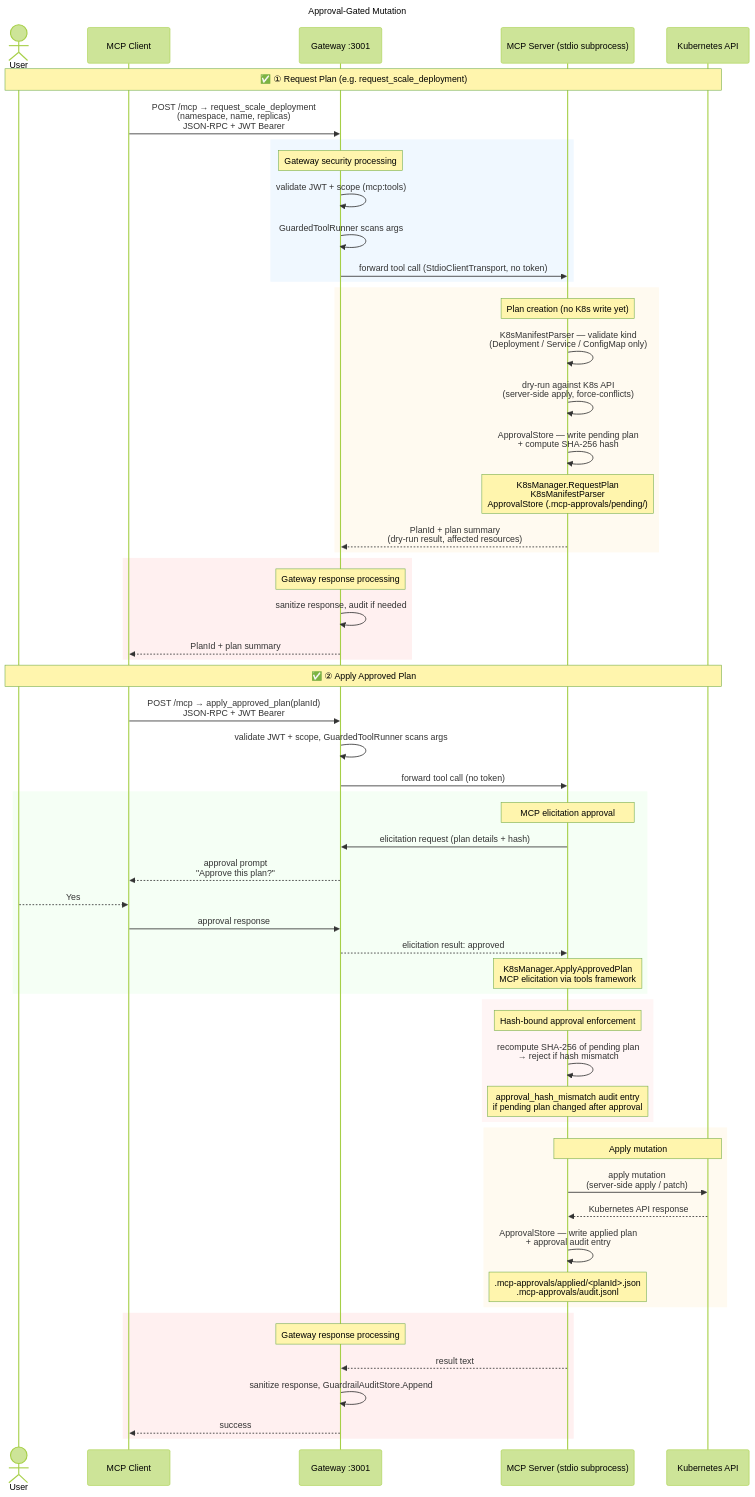
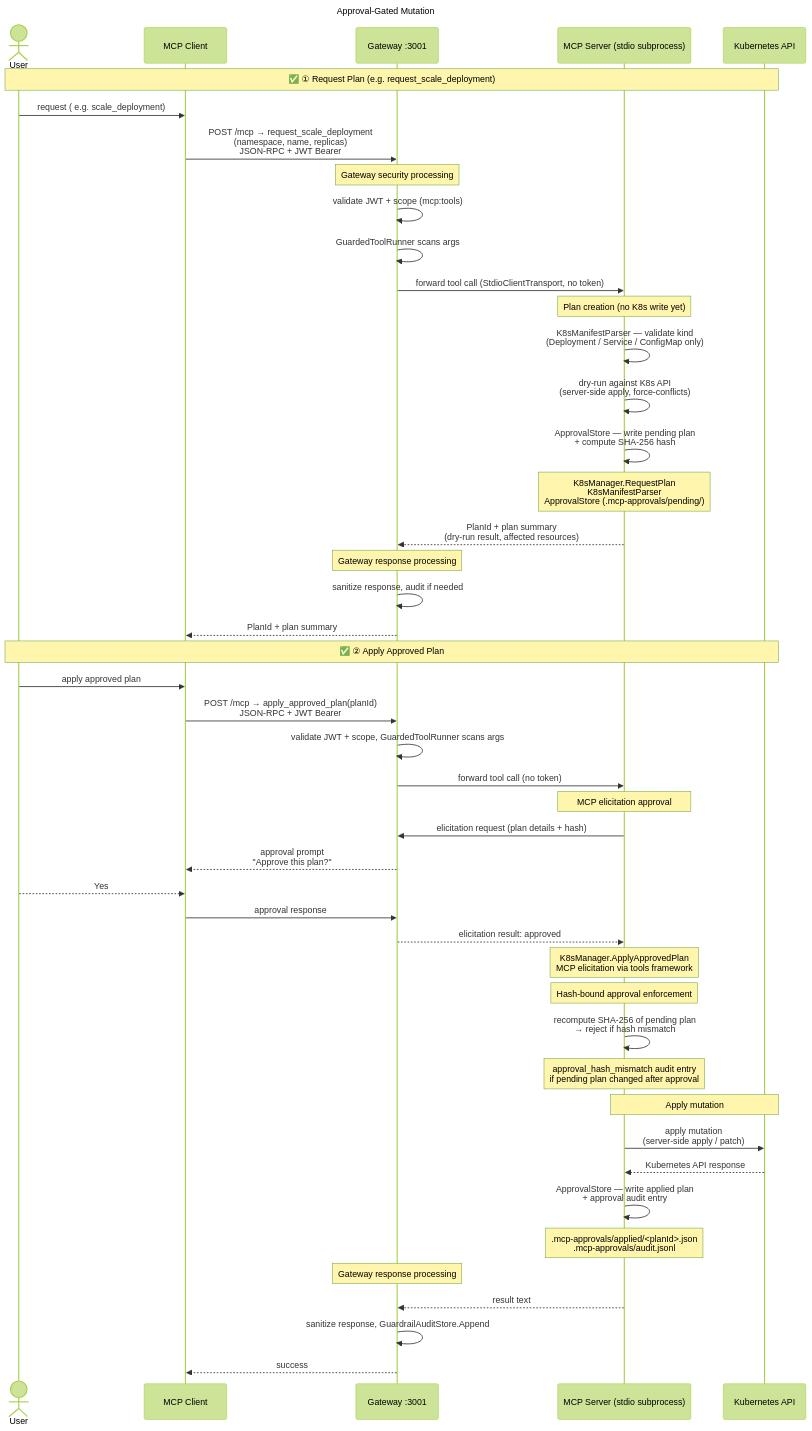
The third of 3 diagrams in docs/full-architecture-diagram.md (mirusser/Kubernetes-MCP-Guard), drawn with Mermaid (forest theme) before and after one commit. The commit also changed other lines of this file and 4 other files, not shown here.

````diff
--- a/docs/full-architecture-diagram.md
+++ b/docs/full-architecture-diagram.md
@@ -118,74 +103,62 @@
 ```mermaid
 ---
 title: Approval-Gated Mutation
 ---
 sequenceDiagram
     actor User
     participant Client as MCP Client
     participant GW as Gateway :3001
     participant Svr as MCP Server (stdio subprocess)
     participant K8s as Kubernetes API
 
     Note over User,K8s: ✅ ① Request Plan (e.g. request_scale_deployment)
 
+    User->>Client: request ( e.g. scale_deployment)
     Client->>GW: POST /mcp → request_scale_deployment<br/>(namespace, name, replicas)<br/>JSON-RPC + JWT Bearer
 
-    rect rgb(240, 248, 255)
-        Note over GW: Gateway security processing
-        GW->>GW: validate JWT + scope (mcp:tools)
-        GW->>GW: GuardedToolRunner scans args
-        GW->>Svr: forward tool call (StdioClientTransport, no token)
-    end
+    Note over GW: Gateway security processing
+    GW->>GW: validate JWT + scope (mcp:tools)
+    GW->>GW: GuardedToolRunner scans args
+    GW->>Svr: forward tool call (StdioClientTransport, no token)
 
-    rect rgb(255, 250, 240)
-        Note over Svr: Plan creation (no K8s write yet)
-        Svr->>Svr: K8sManifestParser — validate kind<br/>(Deployment / Service / ConfigMap only)
-        Svr->>Svr: dry-run against K8s API<br/>(server-side apply, force-conflicts)
-        Svr->>Svr: ApprovalStore — write pending plan<br/>+ compute SHA-256 hash
-        Note over Svr: K8sManager.RequestPlan<br/>K8sManifestParser<br/>ApprovalStore (.mcp-approvals/pending/)
-        Svr-->>GW: PlanId + plan summary<br/>(dry-run result, affected resources)
-    end
+    Note over Svr: Plan creation (no K8s write yet)
+    Svr->>Svr: K8sManifestParser — validate kind<br/>(Deployment / Service / ConfigMap only)
+    Svr->>Svr: dry-run against K8s API<br/>(server-side apply, force-conflicts)
+    Svr->>Svr: ApprovalStore — write pending plan<br/>+ compute SHA-256 hash
+    Note over Svr: K8sManager.RequestPlan<br/>K8sManifestParser<br/>ApprovalStore (.mcp-approvals/pending/)
+    Svr-->>GW: PlanId + plan summary<br/>(dry-run result, affected resources)
 
-    rect rgb(255, 240, 240)
-        Note over GW: Gateway response processing
-        GW->>GW: sanitize response, audit if needed
-        GW-->>Client: PlanId + plan summary
-    end
+    Note over GW: Gateway response processing
+    GW->>GW: sanitize response, audit if needed
+    GW-->>Client: PlanId + plan summary
 
     Note over User,K8s: ✅ ② Apply Approved Plan
 
+    User->>Client: apply approved plan
     Client->>GW: POST /mcp → apply_approved_plan(planId)<br/>JSON-RPC + JWT Bearer
     GW->>GW: validate JWT + scope, GuardedToolRunner scans args
     GW->>Svr: forward tool call (no token)
 
-    rect rgb(245, 255, 245)
-        Note over Svr: MCP elicitation approval
-        Svr->>GW: elicitation request (plan details + hash)
-        GW-->>Client: approval prompt<br/>"Approve this plan?"
-        User-->>Client: Yes
-        Client->>GW: approval response
-        GW-->>Svr: elicitation result: approved
-        Note over Svr: K8sManager.ApplyApprovedPlan<br/>MCP elicitation via tools framework
-    end
+    Note over Svr: MCP elicitation approval
+    Svr->>GW: elicitation request (plan details + hash)
+    GW-->>Client: approval prompt<br/>"Approve this plan?"
+    User-->>Client: Yes
+    Client->>GW: approval response
+    GW-->>Svr: elicitation result: approved
+    Note over Svr: K8sManager.ApplyApprovedPlan<br/>MCP elicitation via tools framework
 
-    rect rgb(255, 245, 245)
-        Note over Svr: Hash-bound approval enforcement
-        Svr->>Svr: recompute SHA-256 of pending plan<br/>→ reject if hash mismatch
-        Note over Svr: approval_hash_mismatch audit entry<br/>if pending plan changed after approval
-    end
+    Note over Svr: Hash-bound approval enforcement
+    Svr->>Svr: recompute SHA-256 of pending plan<br/>→ reject if hash mismatch
+    Note over Svr: approval_hash_mismatch audit entry<br/>if pending plan changed after approval
 
-    rect rgb(255, 250, 240)
-        Note over Svr,K8s: Apply mutation
-        Svr->>K8s: apply mutation<br/>(server-side apply / patch)
-        K8s-->>Svr: Kubernetes API response
-        Svr->>Svr: ApprovalStore — write applied plan<br/>+ approval audit entry
-        Note over Svr: .mcp-approvals/applied/<planId>.json<br/>.mcp-approvals/audit.jsonl
-    end
+    Note over Svr,K8s: Apply mutation
+    Svr->>K8s: apply mutation<br/>(server-side apply / patch)
+    K8s-->>Svr: Kubernetes API response
+    Svr->>Svr: ApprovalStore — write applied plan<br/>+ approval audit entry
+    Note over Svr: .mcp-approvals/applied/<planId>.json<br/>.mcp-approvals/audit.jsonl
 
-    rect rgb(255, 240, 240)
-        Note over GW: Gateway response processing
-        Svr-->>GW: result text
-        GW->>GW: sanitize response, GuardrailAuditStore.Append
-        GW-->>Client: success
-    end
+    Note over GW: Gateway response processing
+    Svr-->>GW: result text
+    GW->>GW: sanitize response, GuardrailAuditStore.Append
+    GW-->>Client: success
 ```
````
